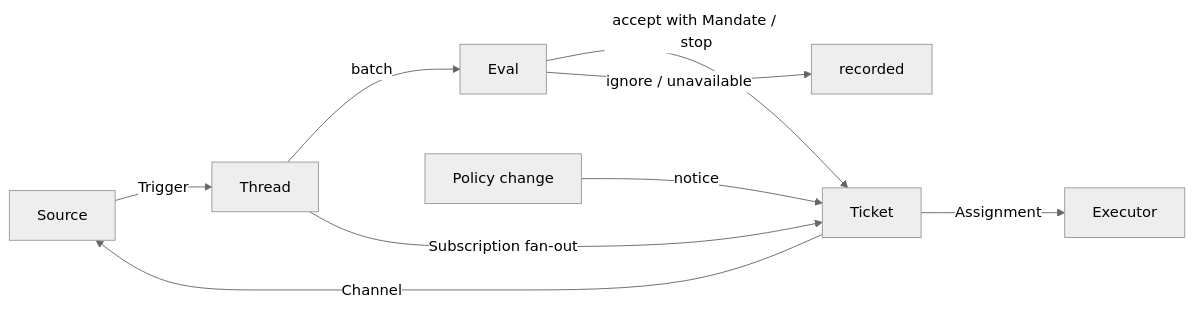
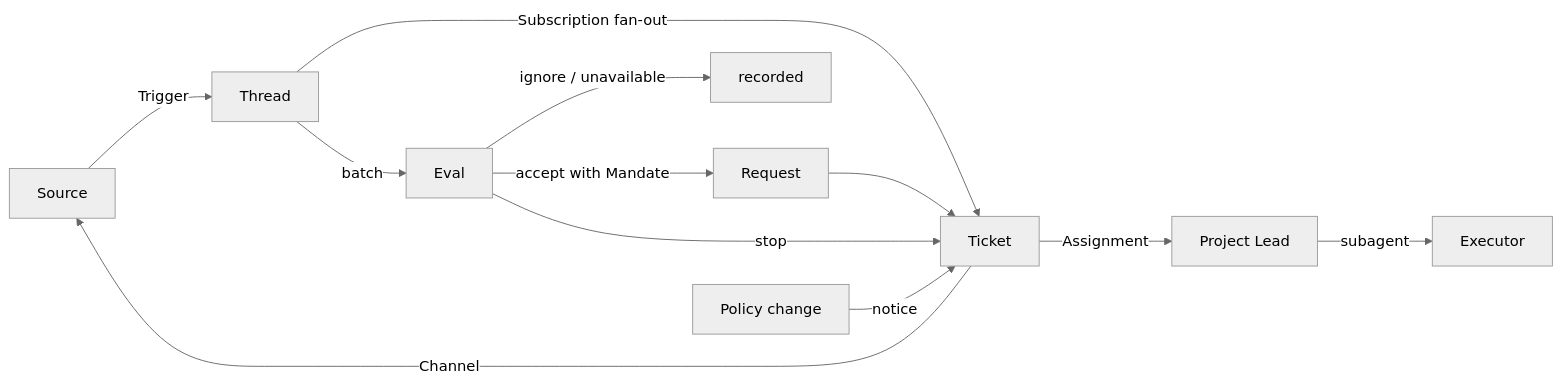
Before and after one commit to louifinn/dsh-superagent-further: the diagram in docs/001-domain.md, drawn with Mermaid (neutral theme). The commit also changed other lines of this file and 2 other files, not shown here.

````diff
--- a/docs/001-domain.md
+++ b/docs/001-domain.md
@@ -9,11 +9,14 @@
 ```mermaid
 flowchart LR
   S[Source] -->|Trigger| T[Thread]
   T -->|batch| E[Eval]
   T -->|Subscription fan-out| K[Ticket]
-  E -->|accept with Mandate / stop| K
+  E -->|accept with Mandate| R[Request]
+  R --> K
+  E -->|stop| K
   E -->|ignore / unavailable| X[recorded]
   P[Policy change] -->|notice| K
-  K -->|Assignment| W[Executor]
+  K -->|Assignment| L[Project Lead]
+  L -->|subagent| W[Executor]
   K -->|Channel| S
 ```
````
